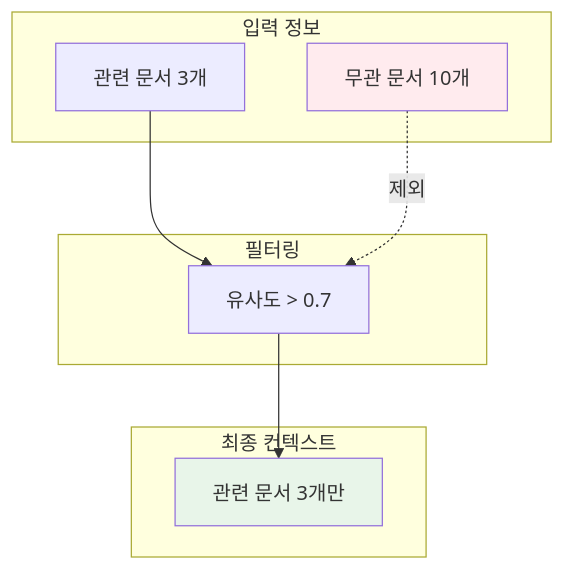
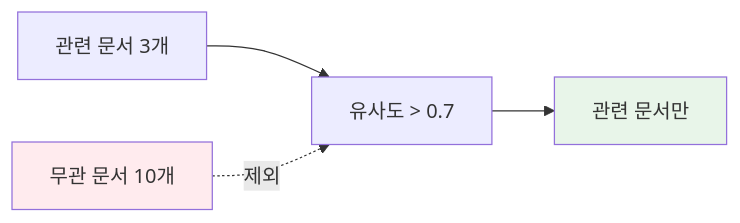
One commit to Gyeom/dev-notes changed the fifth of 12 diagrams in content/posts/2025-10-10-context-engineering-fundamentals.md. Above: the diagram before and after it, drawn with Mermaid. The commit also changed other lines of this file and 7 other files, not shown here.

First line of the commit message:
Fix: 전체 포스트 Mermaid 다이어그램 가로 배치 적용

````diff
--- a/content/posts/2025-10-10-context-engineering-fundamentals.md
+++ b/content/posts/2025-10-10-context-engineering-fundamentals.md
@@ -147,22 +143,9 @@
 ```mermaid
-flowchart TB
-    subgraph Input["입력 정보"]
-        I1["관련 문서 3개"]
-        I2["무관 문서 10개"]
-    end
-
-    subgraph Filter["필터링"]
-        F["유사도 > 0.7"]
-    end
-
-    subgraph Output["최종 컨텍스트"]
-        O["관련 문서 3개만"]
-    end
-
-    I1 --> F
-    I2 -.->|제외| F
-    F --> O
+flowchart LR
+    I1["관련 문서 3개"] --> F["유사도 > 0.7"]
+    I2["무관 문서 10개"] -.->|제외| F
+    F --> O["관련 문서만"]
 
     style I2 fill:#FFEBEE
     style O fill:#E8F5E9
 ```
````
